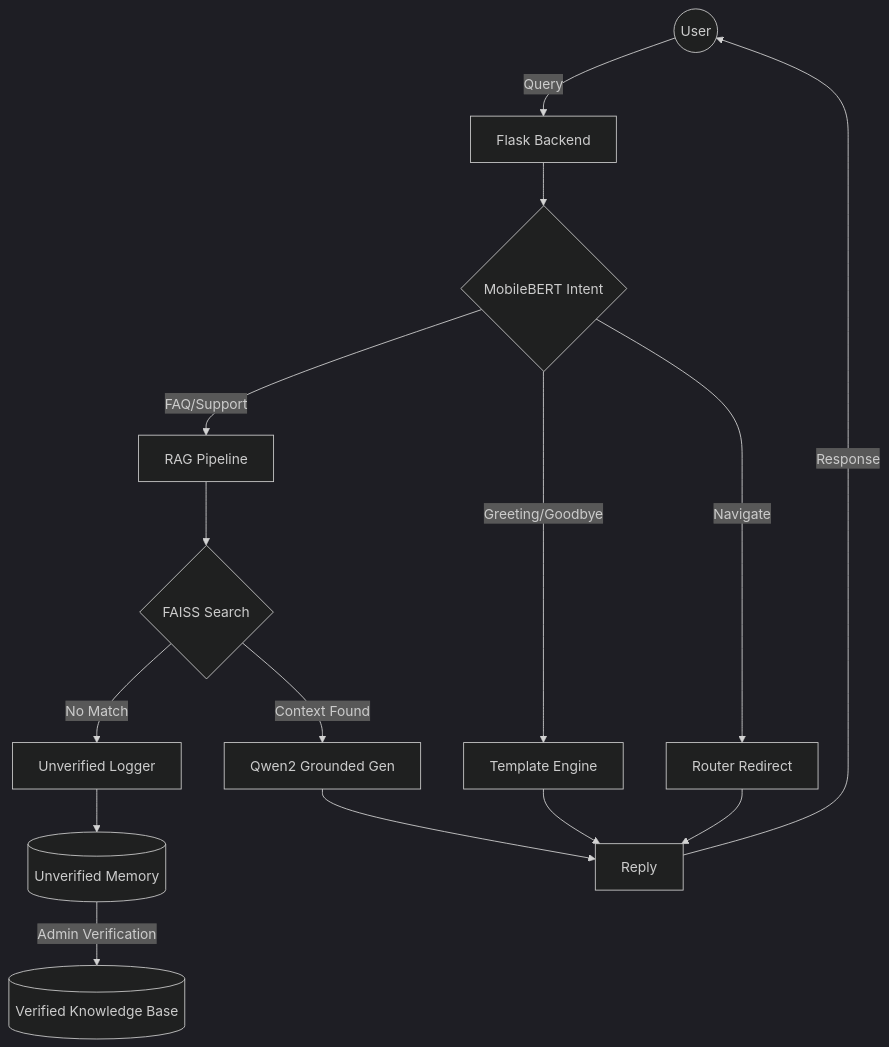
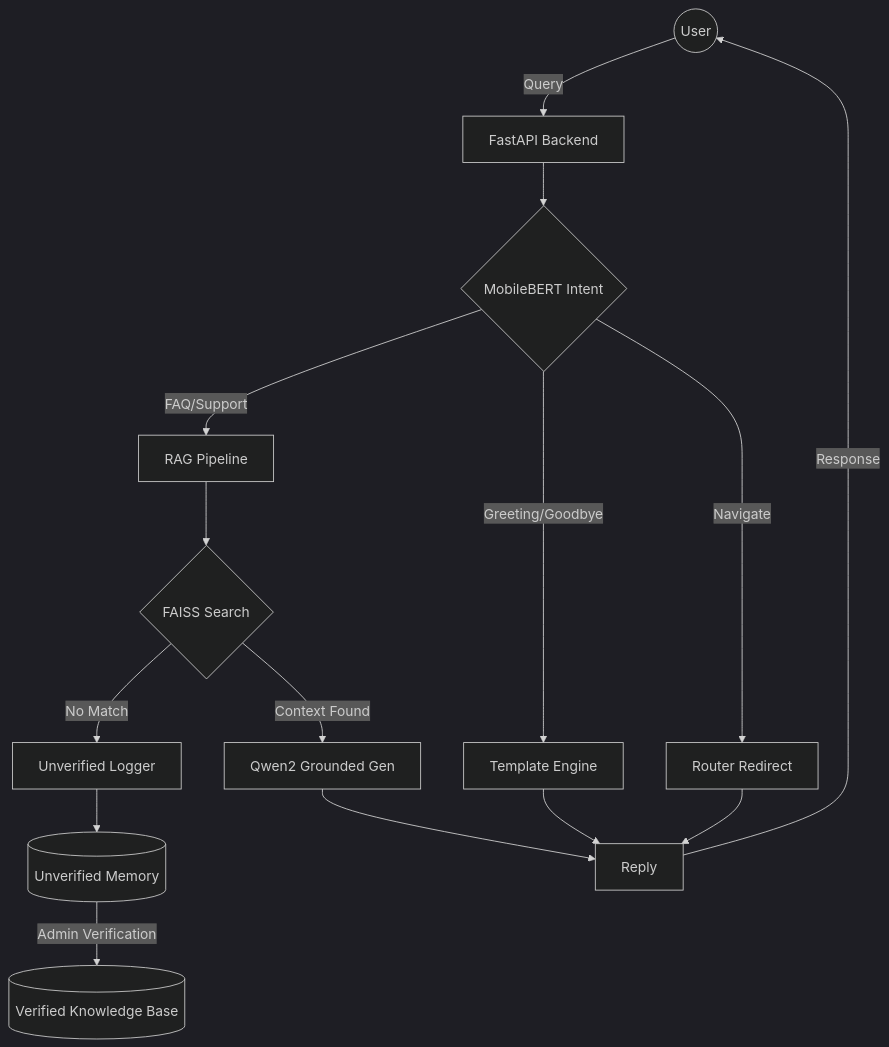
One commit to Ruzin413/RAG-CustomerCareBot changed the diagram in README.md. Above: the diagram before and after it, drawn with Mermaid (dark theme). The commit also changed 18 other files, not shown here.

````diff
--- a/README.md
+++ b/README.md
@@ -29,20 +29,20 @@
 ```mermaid
 graph TD
-    User((User)) -->|Query| API[Flask Backend]
+    User((User)) -->|Query| API[FastAPI Backend]
     API --> Intent{MobileBERT Intent}
     Intent -->|Greeting/Goodbye| Template[Template Engine]
     Intent -->|Navigate| Redirect[Router Redirect]
     Intent -->|FAQ/Support| RAG[RAG Pipeline]
     
     RAG --> Search{FAISS Search}
     Search -->|Context Found| Gen[Qwen2 Grounded Gen]
     Search -->|No Match| Fallback[Unverified Logger]
     
     Fallback --> Memory[(Unverified Memory)]
     Memory -->|Admin Verification| KB[(Verified Knowledge Base)]
     
     Gen --> Reply
     Template --> Reply
     Redirect --> Reply
     Reply -->|Response| User
 ```
````
